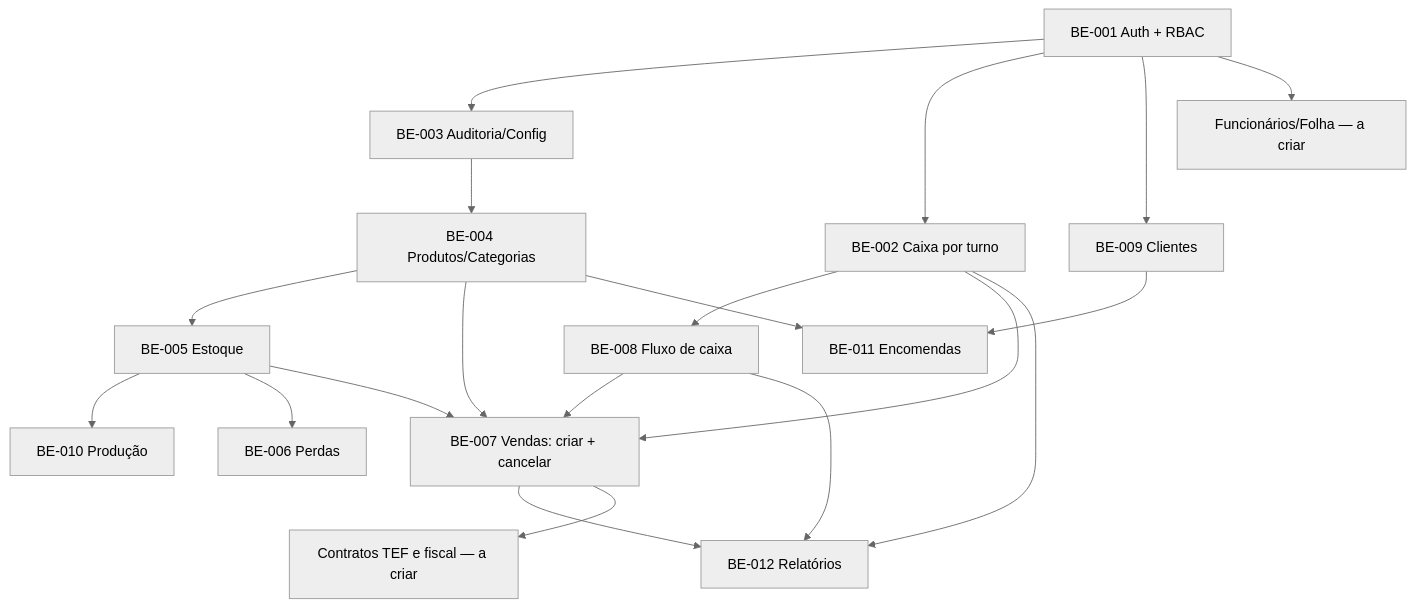
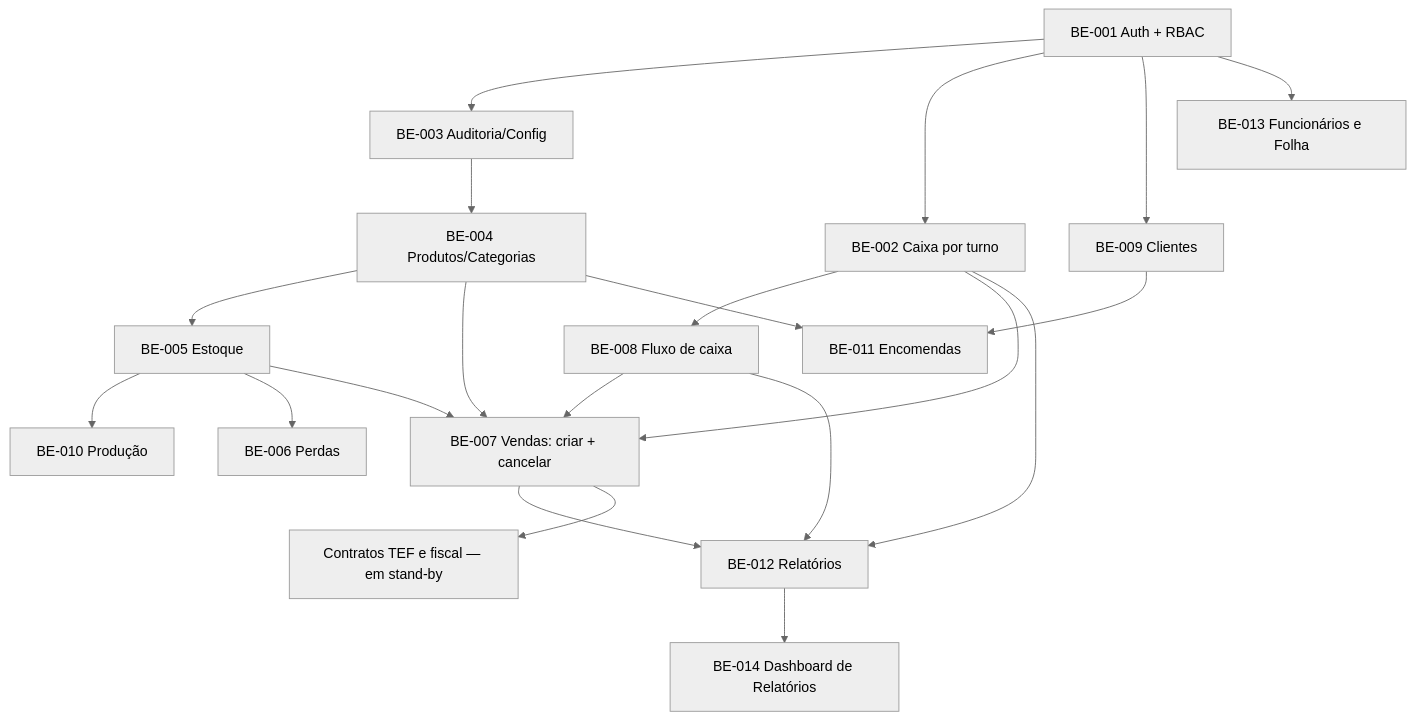
The diagram in docs/specs/README.md (munizadby-sudo/S-M-Panificadora-V2), drawn with Mermaid (neutral theme) before and after one commit. The commit also changed other lines of this file and 131 other files, not shown here.

First line of the commit message:
Inclui funcionários, folha, relatórios, usuários e redesign visual clean.

````diff
--- a/docs/specs/README.md
+++ b/docs/specs/README.md
@@ -84,22 +90,23 @@
 ```mermaid
 flowchart TD
   S001[BE-001 Auth + RBAC] --> S003[BE-003 Auditoria/Config]
   S003 --> S004[BE-004 Produtos/Categorias]
   S004 --> S005[BE-005 Estoque]
   S005 --> S010[BE-010 Produção]
   S005 --> S006[BE-006 Perdas]
   S001 --> S002[BE-002 Caixa por turno]
   S002 --> S008[BE-008 Fluxo de caixa]
   S005 --> S007[BE-007 Vendas: criar + cancelar]
   S002 --> S007
   S008 --> S007
   S004 --> S007
   S001 --> S009[BE-009 Clientes]
   S004 --> S011[BE-011 Encomendas]
   S009 --> S011
   S007 --> S012[BE-012 Relatórios]
   S002 --> S012
   S008 --> S012
-  S001 --> FOL[Funcionários/Folha — a criar]
-  S007 --> TEF[Contratos TEF e fiscal — a criar]
+  S001 --> S013[BE-013 Funcionários e Folha]
+  S012 --> S014[BE-014 Dashboard de Relatórios]
+  S007 --> TEF[Contratos TEF e fiscal — em stand-by]
 ```
````
